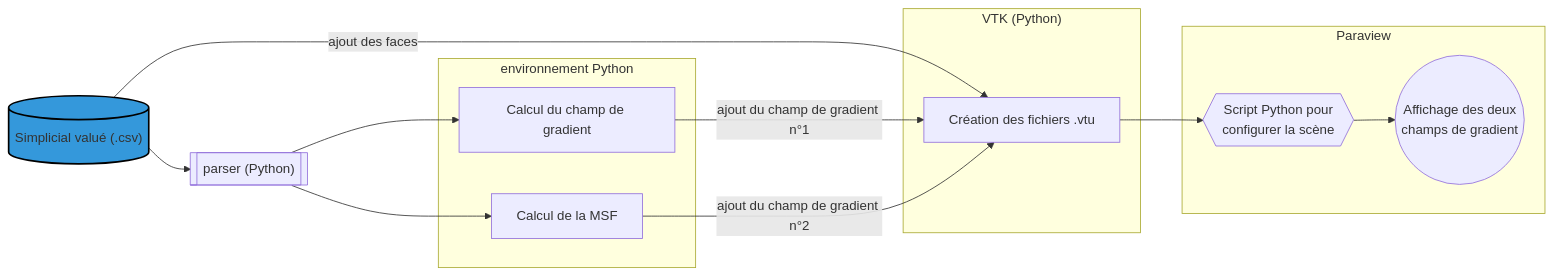
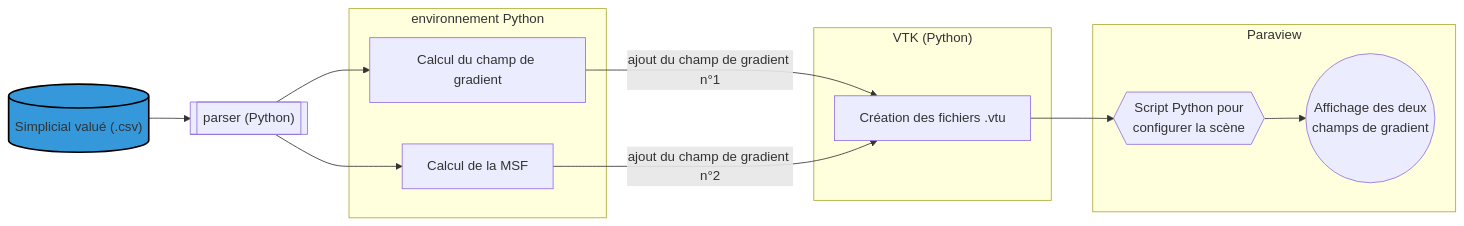
One commit to El-Bicente/PFEE changed the diagram in schema2.md. Above: the diagram before and after it, drawn with Mermaid.

Commit message:
error in schema

````diff
--- a/schema2.md
+++ b/schema2.md
@@ -1,32 +1,31 @@
 ```mermaid
 graph LR
 
     S[("Simplicial valué (.csv)")]:::data
     S --> PAR
-    S -- "ajout des faces" --> VTU
     
     PAR[["parser (Python)"]]
     PAR --> R
     PAR --> M
     
     subgraph "environnement Python"
         R[Calcul du champ de gradient]
         M["Calcul de la MSF"]
     end
     R -- "ajout du champ de gradient n°1" --> VTU
     M -- "ajout du champ de gradient n°2" --> VTU
     
     subgraph "VTK (Python)"
         VTU["Création des fichiers .vtu"]
     end
     VTU --> SC
     
     subgraph "Paraview"
         SC{{"Script Python pour <br /> configurer la scène"}}
         VIS(("Affichage des deux <br /> champs de gradient"))
         SC --> VIS
     end
     
     classDef data fill:#3498DB,stroke:BLACK,stroke-width:2px 
 
 ```
````
